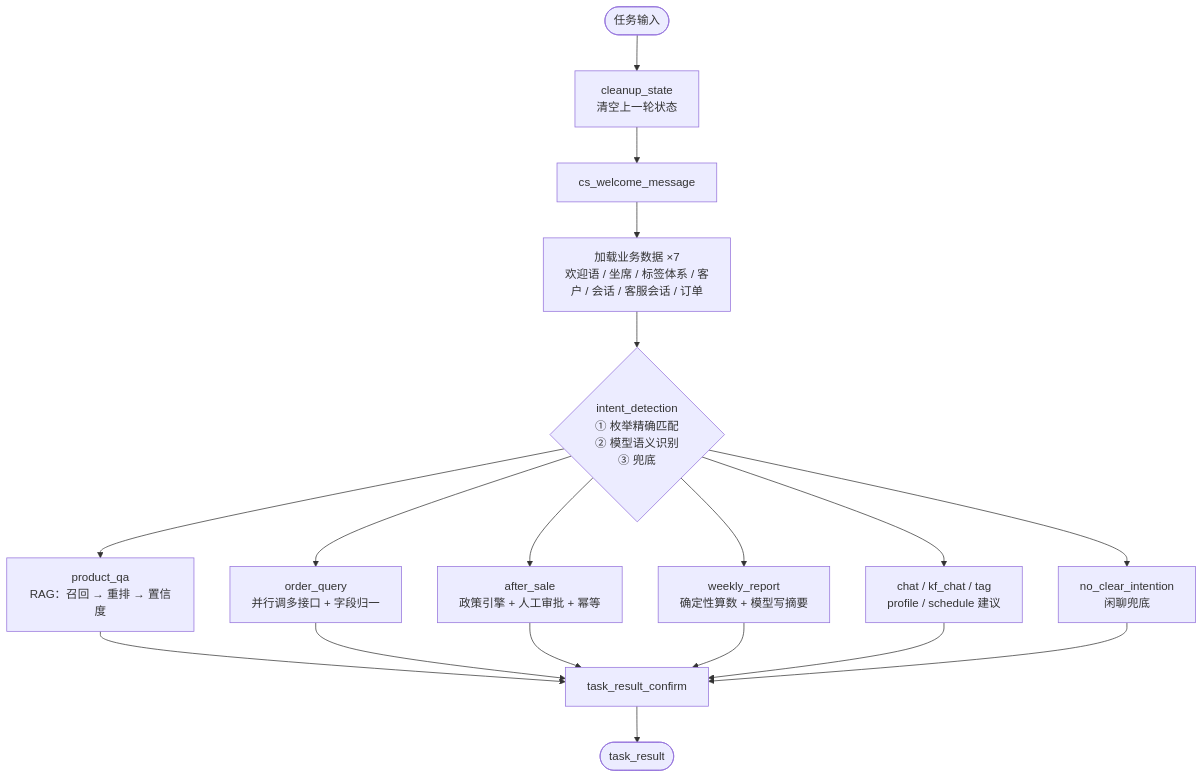
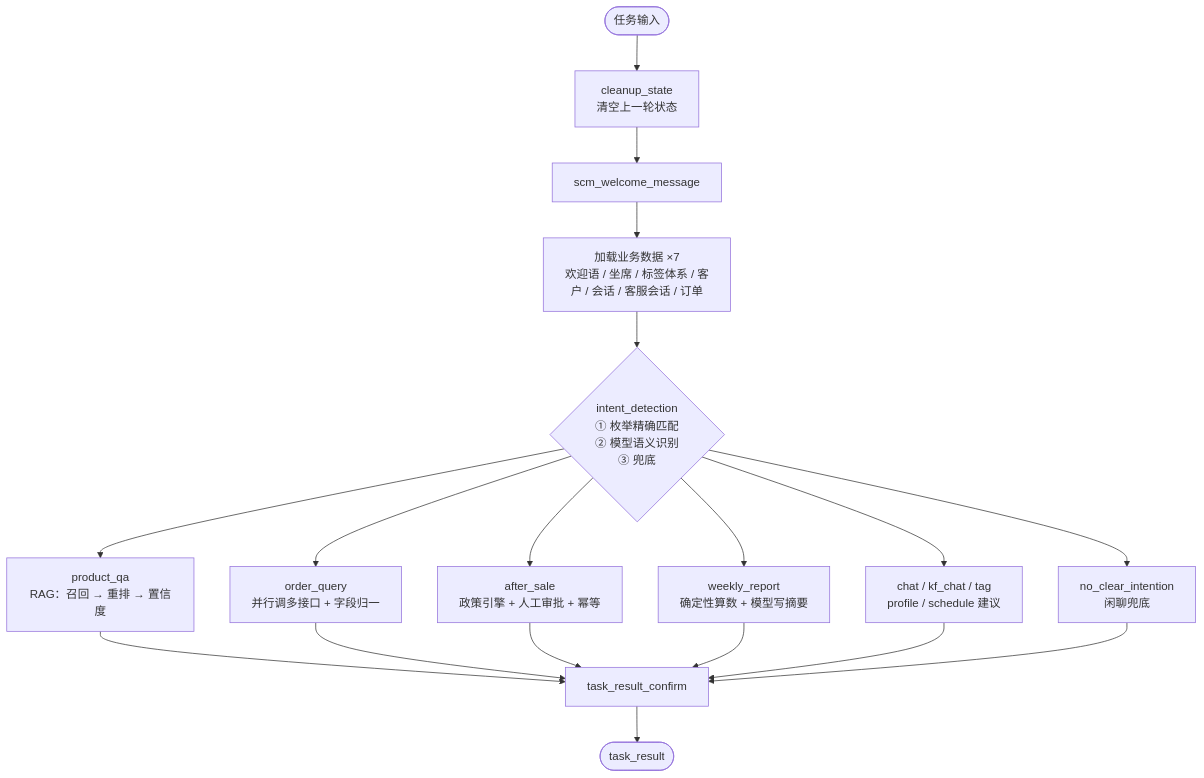
The first of 3 diagrams in scm-agent/README.md (pengqiwen72/-), drawn with Mermaid before and after one commit. The commit also changed other lines of this file and 281 other files, not shown here.

````diff
--- a/scm-agent/README.md
+++ b/scm-agent/README.md
@@ -98,20 +98,20 @@
 ```mermaid
 flowchart TD
     START([任务输入]) --> CLEAN["cleanup_state<br/>清空上一轮状态"]
-    CLEAN --> WELCOME[cs_welcome_message]
+    CLEAN --> WELCOME[scm_welcome_message]
     WELCOME --> LOAD["加载业务数据 ×7<br/>欢迎语 / 坐席 / 标签体系 / 客户 / 会话 / 客服会话 / 订单"]
     LOAD --> INTENT{"intent_detection<br/>① 枚举精确匹配<br/>② 模型语义识别<br/>③ 兜底"}
     INTENT --> QA["product_qa<br/>RAG：召回 → 重排 → 置信度"]
     INTENT --> ORD["order_query<br/>并行调多接口 + 字段归一"]
     INTENT --> AS["after_sale<br/>政策引擎 + 人工审批 + 幂等"]
     INTENT --> RPT["weekly_report<br/>确定性算数 + 模型写摘要"]
     INTENT --> SUG["chat / kf_chat / tag<br/>profile / schedule 建议"]
     INTENT --> TALK["no_clear_intention<br/>闲聊兜底"]
     QA --> CONFIRM[task_result_confirm]
     ORD --> CONFIRM
     AS --> CONFIRM
     RPT --> CONFIRM
     SUG --> CONFIRM
     TALK --> CONFIRM
     CONFIRM --> DONE([task_result])
 ```
````
